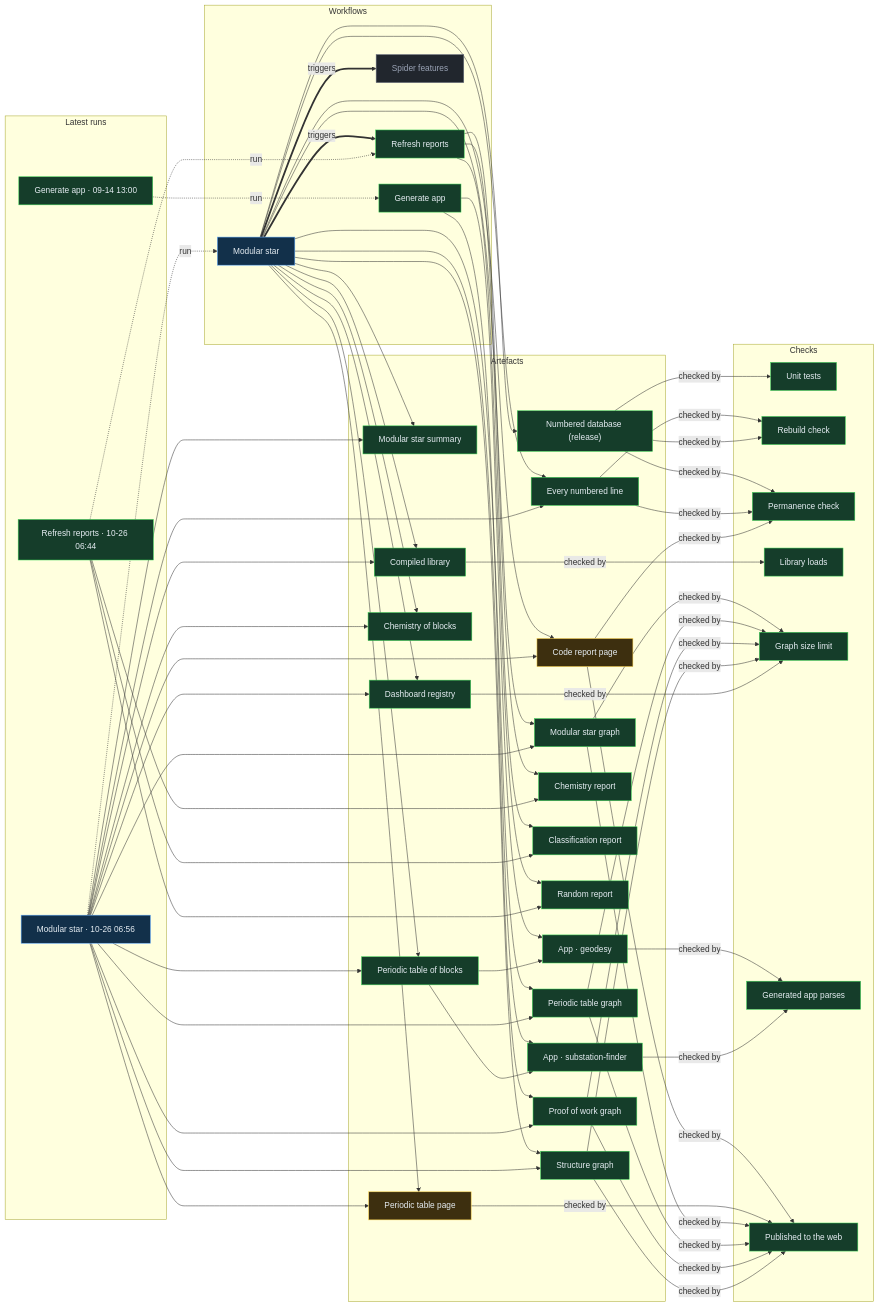
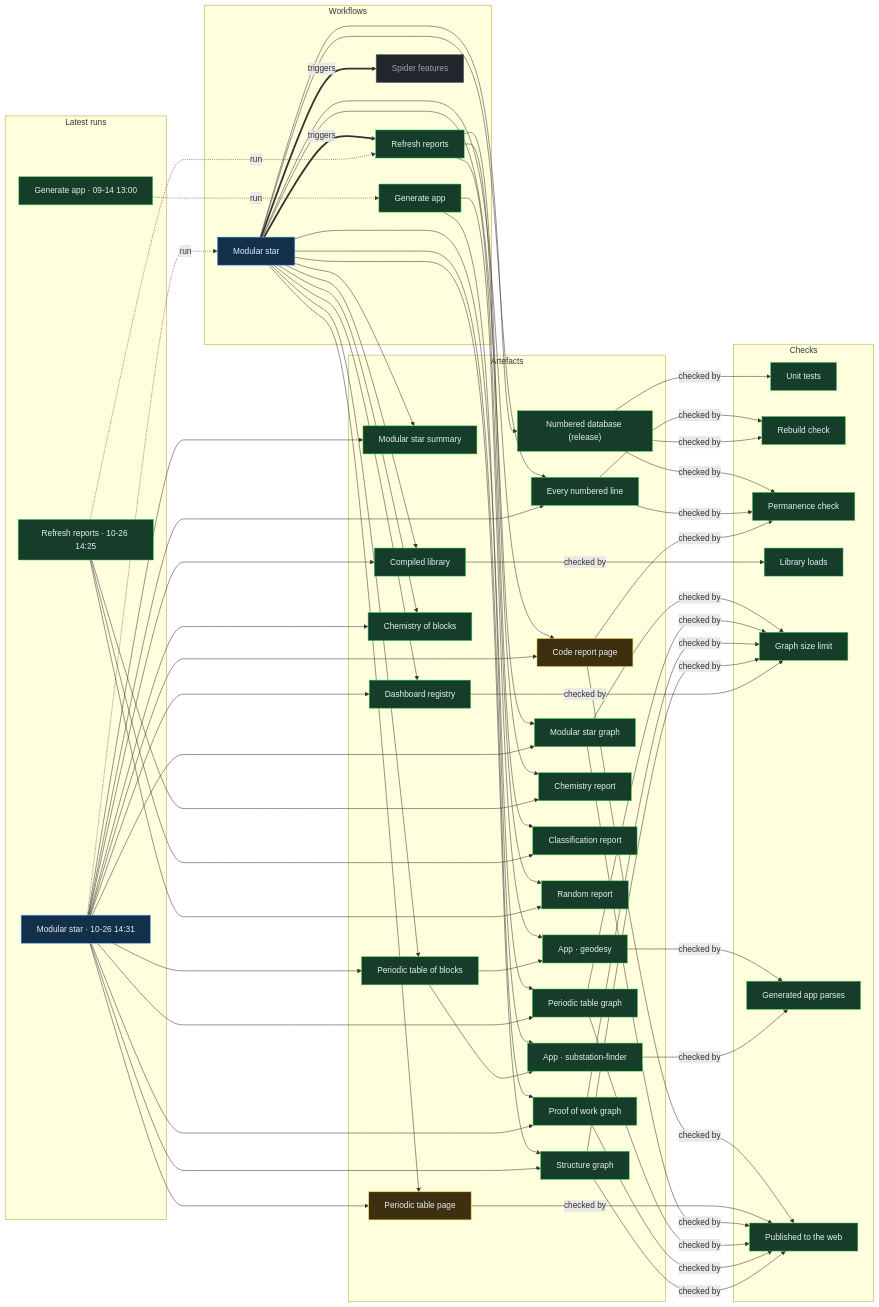
Before and after one commit to Ventusltd/stars: the diagram in proof/PROOF.md, drawn with Mermaid. The commit also changed other lines of this file and 48 other files, not shown here.

Commit message:
Modular star 2026-10-26T14:34Z

```diff
--- a/proof/PROOF.md
+++ b/proof/PROOF.md
@@ -24,8 +24,8 @@
   n_wf_spider_features["Spider features"]:::off
   end
   subgraph g_runs["Latest runs"]
-  n_run_40282743560["Modular star · 10-26 06:56"]:::live
-  n_run_40281557406["Refresh reports · 10-26 06:44"]:::ok
+  n_run_40340455284["Modular star · 10-26 14:31"]:::live
+  n_run_40339541147["Refresh reports · 10-26 14:25"]:::ok
   n_run_34846587798["Generate app · 09-14 13:00"]:::ok
   end
   subgraph g_artefacts["Artefacts"]
@@ -59,39 +59,39 @@
   end
   n_wf_modular_star == triggers ==> n_wf_refresh
   n_wf_modular_star == triggers ==> n_wf_spider_features
-  n_run_40282743560 -. run .-> n_wf_modular_star
-  n_run_40281557406 -. run .-> n_wf_refresh
+  n_run_40340455284 -. run .-> n_wf_modular_star
+  n_run_40339541147 -. run .-> n_wf_refresh
   n_run_34846587798 -. run .-> n_wf_generate
   n_wf_modular_star --> n_art_summary
-  n_run_40282743560 --> n_art_summary
+  n_run_40340455284 --> n_art_summary
   n_wf_modular_star --> n_art_lines
-  n_run_40282743560 --> n_art_lines
+  n_run_40340455284 --> n_art_lines
   n_wf_modular_star --> n_art_code
-  n_run_40282743560 --> n_art_code
+  n_run_40340455284 --> n_art_code
   n_wf_modular_star --> n_art_modular_graph
-  n_run_40282743560 --> n_art_modular_graph
+  n_run_40340455284 --> n_art_modular_graph
   n_wf_modular_star --> n_art_blocks
-  n_run_40282743560 --> n_art_blocks
+  n_run_40340455284 --> n_art_blocks
   n_wf_modular_star --> n_art_table
-  n_run_40282743560 --> n_art_table
+  n_run_40340455284 --> n_art_table
   n_wf_modular_star --> n_art_blocks_graph
-  n_run_40282743560 --> n_art_blocks_graph
+  n_run_40340455284 --> n_art_blocks_graph
   n_wf_modular_star --> n_art_reactions
-  n_run_40282743560 --> n_art_reactions
+  n_run_40340455284 --> n_art_reactions
   n_wf_modular_star --> n_art_library
-  n_run_40282743560 --> n_art_library
+  n_run_40340455284 --> n_art_library
   n_wf_modular_star --> n_art_features
-  n_run_40282743560 --> n_art_features
+  n_run_40340455284 --> n_art_features
   n_wf_modular_star --> n_art_proof
-  n_run_40282743560 --> n_art_proof
+  n_run_40340455284 --> n_art_proof
   n_wf_modular_star --> n_art_structure
-  n_run_40282743560 --> n_art_structure
+  n_run_40340455284 --> n_art_structure
   n_wf_refresh --> n_art_chemistry
-  n_run_40281557406 --> n_art_chemistry
+  n_run_40339541147 --> n_art_chemistry
   n_wf_refresh --> n_art_vedic
-  n_run_40281557406 --> n_art_vedic
+  n_run_40339541147 --> n_art_vedic
   n_wf_refresh --> n_art_random
-  n_run_40281557406 --> n_art_random
+  n_run_40339541147 --> n_art_random
   n_wf_modular_star --> n_art_release
   n_wf_generate --> n_app_geodesy
   n_art_blocks --> n_app_geodesy
```
